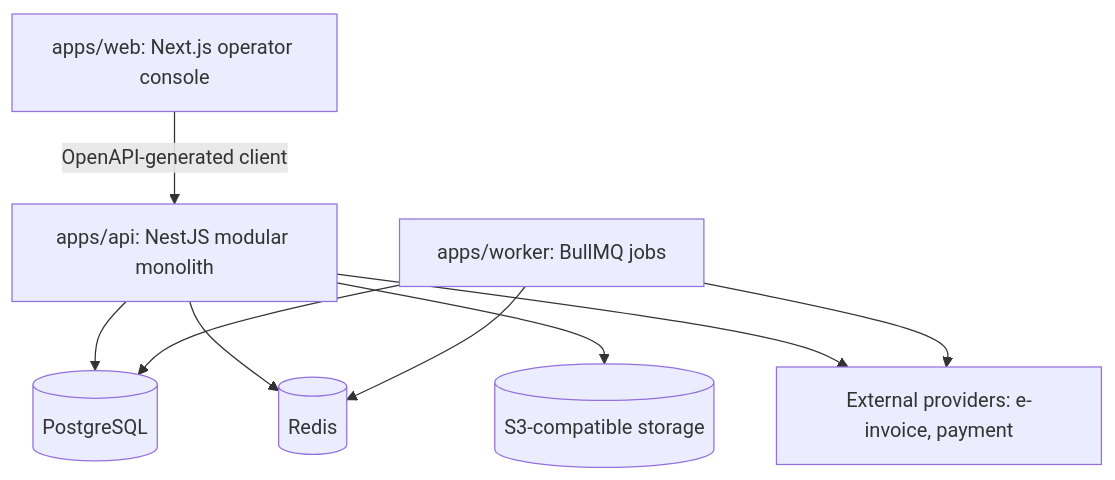
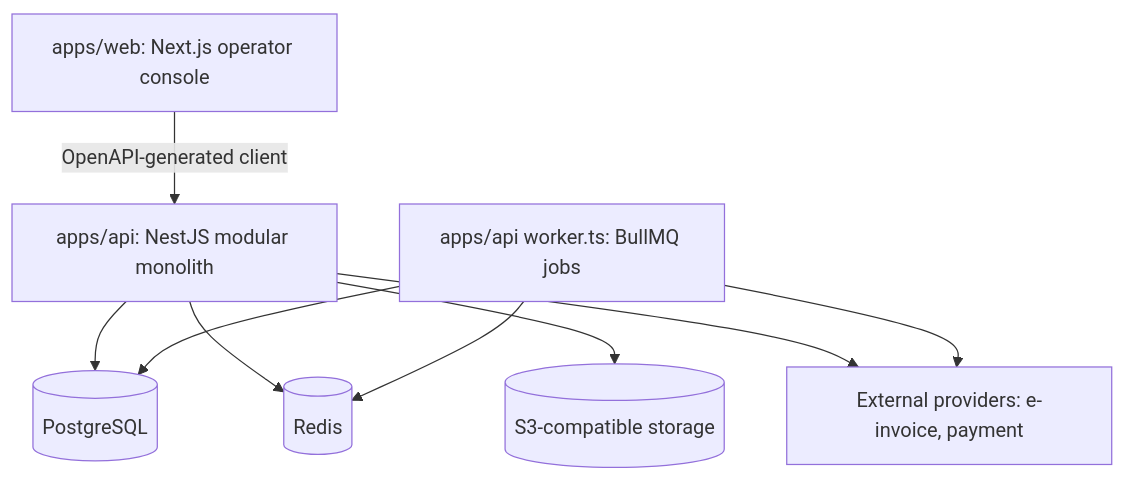
One commit to vanhung4499/edtech-saas changed the diagram in docs/technical/01-system-architecture.md. Above: the diagram before and after it, drawn with Mermaid. The commit also changed other lines of this file and 24 other files, not shown here.

````diff
--- a/docs/technical/01-system-architecture.md
+++ b/docs/technical/01-system-architecture.md
@@ -43,19 +43,19 @@
 ```mermaid
 flowchart TB
     WEB[apps/web: Next.js operator console]
     API[apps/api: NestJS modular monolith]
-    WORKER[apps/worker: BullMQ jobs]
+    WORKER[apps/api worker.ts: BullMQ jobs]
     DB[(PostgreSQL)]
     REDIS[(Redis)]
     OBJ[(S3-compatible storage)]
     EXT[External providers: e-invoice, payment]
 
     WEB -->|OpenAPI-generated client| API
     API --> DB
     API --> REDIS
     API --> OBJ
     API --> EXT
     WORKER --> REDIS
     WORKER --> DB
     WORKER --> EXT
 ```
````
